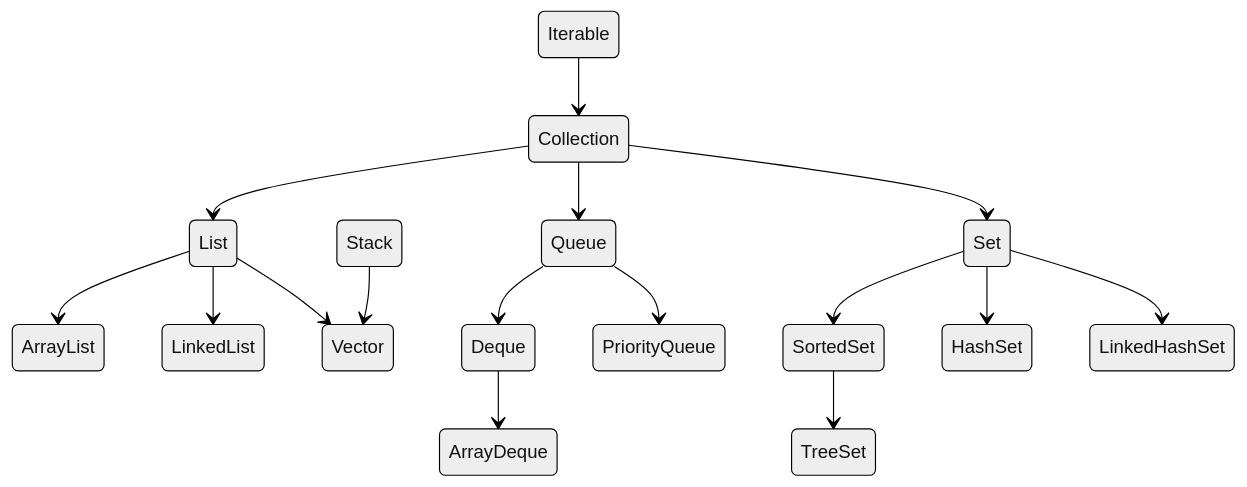
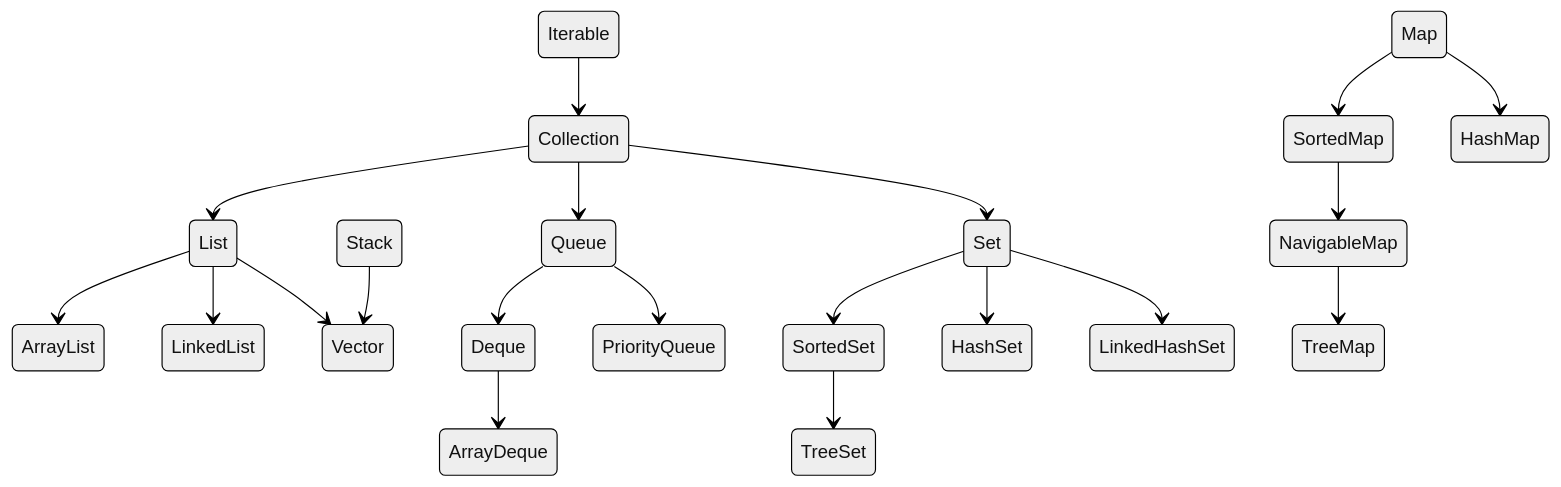
One commit to tashildar563/practice changed the diagram in src/main/java/org/example/qanda/javaQuestionSet/Part-2_Java_collection_framework.md. Above: the diagram before and after it, drawn with Mermaid (neutral theme). The commit also changed other lines of this file, not shown here.

````diff
--- a/src/main/java/org/example/qanda/javaQuestionSet/Part-2_Java_collection_framework.md
+++ b/src/main/java/org/example/qanda/javaQuestionSet/Part-2_Java_collection_framework.md
@@ -17,18 +17,24 @@
 ```mermaid
 stateDiagram
     Iterable --> Collection
     Collection --> List
     List -->ArrayList
     List -->LinkedList
     List --> Vector
     Stack -->Vector
     Collection --> Queue
     Queue--> Deque
     Deque --> ArrayDeque
     Queue --> PriorityQueue
     Collection --> Set
     Set --> SortedSet
     SortedSet --> TreeSet
     Set -->HashSet
     Set--> LinkedHashSet
+    
+    Map -->SortedMap
+    Map --> HashMap
+    SortedMap --> NavigableMap
+    NavigableMap-->TreeMap
+
 ```
````
